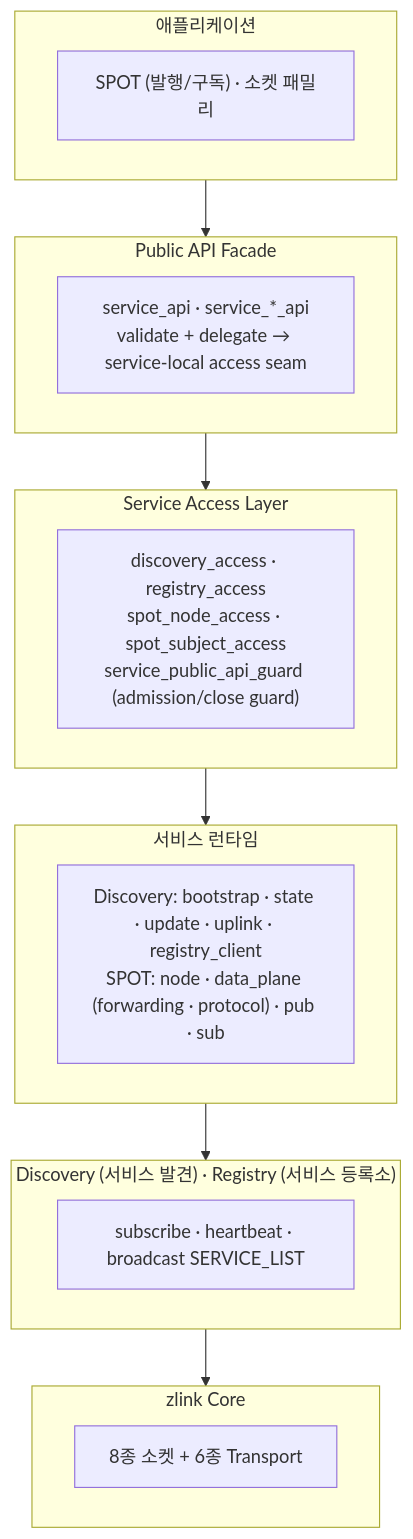
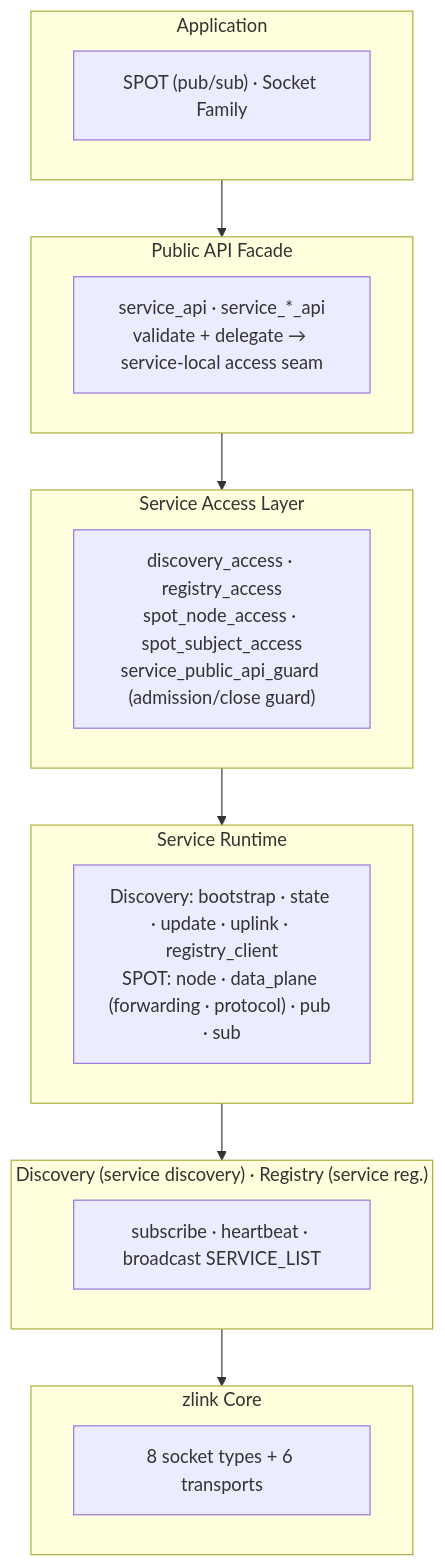
One commit to kairos-code-dev/zlink changed the first of 3 diagrams in doc/guide/07-0-services.ko.md. Above: the diagram before and after it, drawn with Mermaid. The commit also changed other lines of this file and 53 other files, not shown here.

````diff
--- a/doc/guide/07-0-services.ko.md
+++ b/doc/guide/07-0-services.ko.md
@@ -16,28 +16,28 @@
 ```mermaid
 flowchart TB
-    subgraph app["애플리케이션"]
-        A1["SPOT (발행/구독) · 소켓 패밀리"]
+    subgraph app["Application"]
+        A1["SPOT (pub/sub) · Socket Family"]
     end
 
     subgraph facade["Public API Facade"]
         F1["service_api · service_*_api<br/>validate + delegate → service-local access seam"]
     end
 
     subgraph access["Service Access Layer"]
         AC1["discovery_access · registry_access<br/>spot_node_access · spot_subject_access<br/>service_public_api_guard (admission/close guard)"]
     end
 
-    subgraph runtime["서비스 런타임"]
+    subgraph runtime["Service Runtime"]
         RT1["Discovery: bootstrap · state · update · uplink · registry_client<br/>SPOT: node · data_plane (forwarding · protocol) · pub · sub"]
     end
 
-    subgraph infra["Discovery (서비스 발견) · Registry (서비스 등록소)"]
+    subgraph infra["Discovery (service discovery) · Registry (service reg.)"]
         IN1["subscribe · heartbeat · broadcast SERVICE_LIST"]
     end
 
     subgraph core["zlink Core"]
-        C1["8종 소켓 + 6종 Transport"]
+        C1["8 socket types + 6 transports"]
     end
 
     app --> facade --> access --> runtime --> infra --> core
 ```
````
